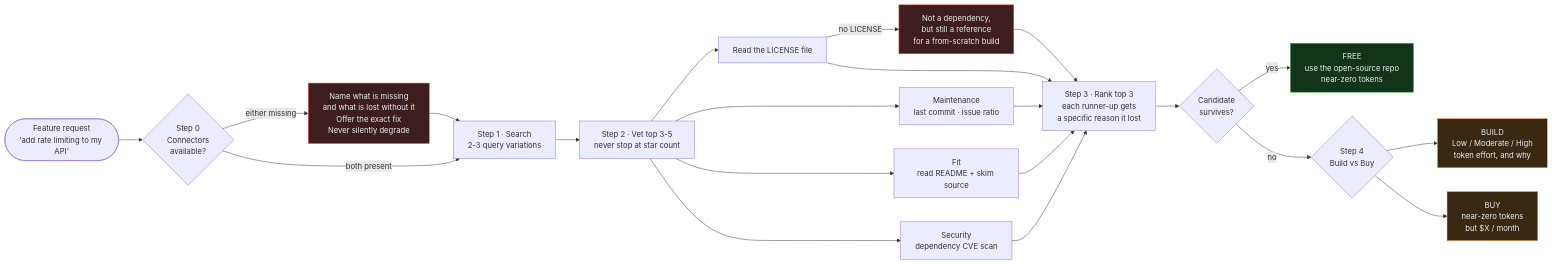
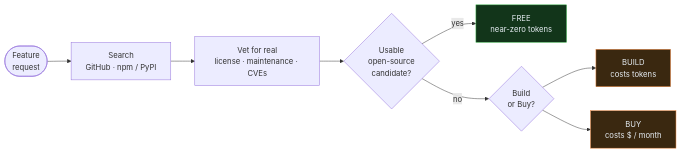
The diagram in README.md (Emanuelel/dont-reinvent), drawn with Mermaid before and after one commit. The commit also changed other lines of this file, not shown here.

Commit message:
Simplify decision diagram to the seven-node spine

````diff
--- a/README.md
+++ b/README.md
@@ -65,37 +65,15 @@
 ```mermaid
 flowchart LR
-    START(["Feature request<br/>'add rate limiting to my API'"]) --> S0
-
-    S0{"Step 0<br/>Connectors<br/>available?"}
-    S0 -- "either missing" --> WARN["Name what is missing<br/>and what is lost without it<br/>Offer the exact fix<br/>Never silently degrade"]
-    WARN --> S1
-    S0 -- "both present" --> S1
-
-    S1["Step 1 · Search<br/>2-3 query variations"] --> S2["Step 2 · Vet top 3-5<br/>never stop at star count"]
-
-    S2 --> V1["Read the LICENSE file"]
-    S2 --> V2["Maintenance<br/>last commit · issue ratio"]
-    S2 --> V3["Fit<br/>read README + skim source"]
-    S2 --> V4["Security<br/>dependency CVE scan"]
-
-    V1 -- "no LICENSE" --> NOLIC["Not a dependency,<br/>but still a reference<br/>for a from-scratch build"]
-    V1 --> S3
-    V2 --> S3
-    V3 --> S3
-    V4 --> S3
-    NOLIC --> S3
-
-    S3["Step 3 · Rank top 3<br/>each runner-up gets<br/>a specific reason it lost"] --> USABLE{"Candidate<br/>survives?"}
-
-    USABLE -- "yes" --> FREE["FREE<br/>use the open-source repo<br/>near-zero tokens"]
-    USABLE -- "no" --> S4{"Step 4<br/>Build vs Buy"}
-    S4 --> BUILD["BUILD<br/>Low / Moderate / High<br/>token effort, and why"]
-    S4 --> BUY["BUY<br/>near-zero tokens<br/>but $X / month"]
+    A(["Feature<br/>request"]) --> B["Search<br/>GitHub · npm / PyPI"]
+    B --> C["Vet for real<br/>license · maintenance · CVEs"]
+    C --> D{"Usable<br/>open-source<br/>candidate?"}
+    D -- "yes" --> FREE["FREE<br/>near-zero tokens"]
+    D -- "no" --> E{"Build<br/>or Buy?"}
+    E --> BUILD["BUILD<br/>costs tokens"]
+    E --> BUY["BUY<br/>costs $ / month"]
 
     classDef verdict fill:#12351a,stroke:#3fb950,color:#e6edf3
     classDef alt fill:#3a2810,stroke:#f0883e,color:#e6edf3
-    classDef warn fill:#3d1d1d,stroke:#f85149,color:#e6edf3
     class FREE verdict
     class BUILD,BUY alt
-    class WARN,NOLIC warn
 ```
````
